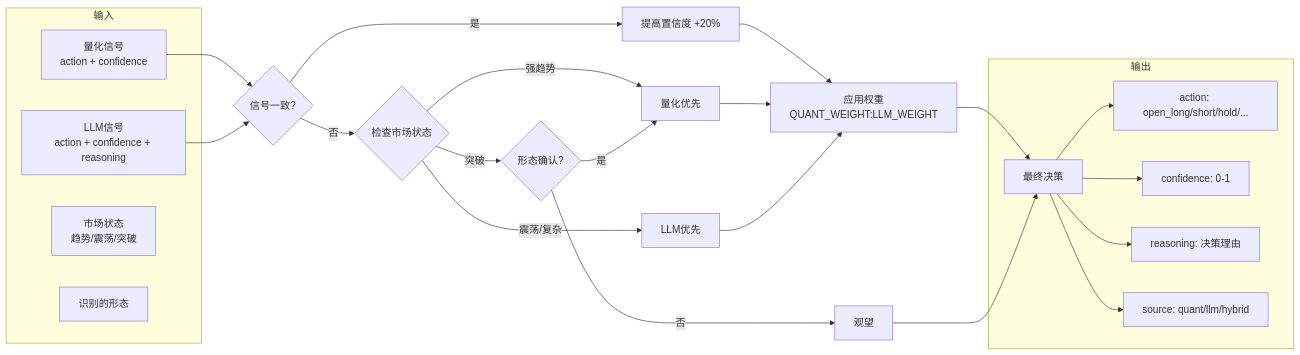
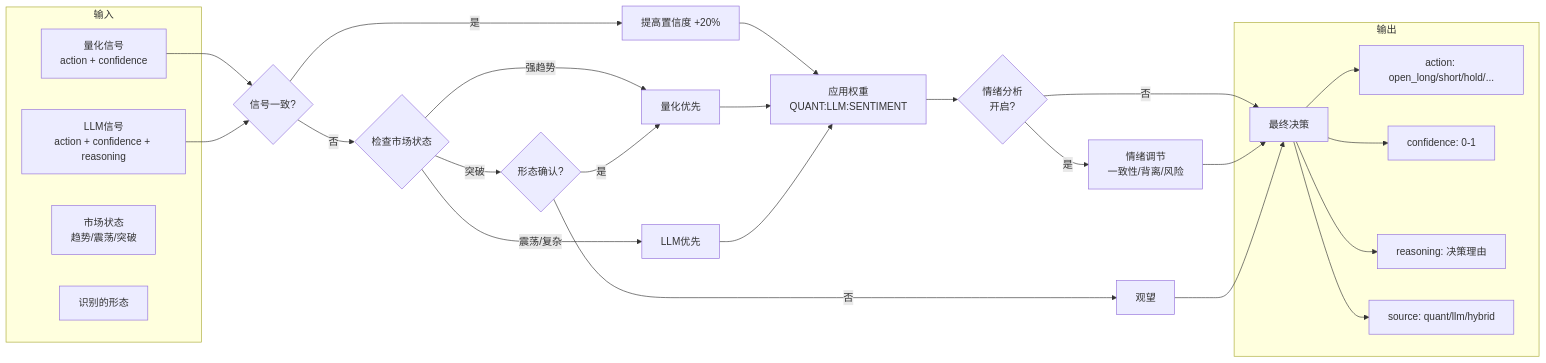
The fourth of 7 diagrams in docs/ai_quant_system_plan.md (gowinder/trader), drawn with Mermaid before and after one commit. The commit also changed other lines of this file and 1 other file, not shown here.

````diff
--- a/docs/ai_quant_system_plan.md
+++ b/docs/ai_quant_system_plan.md
@@ -282,35 +282,38 @@
 ```mermaid
 flowchart LR
     subgraph 输入
         QUANT_SIG[量化信号<br/>action + confidence]
         LLM_SIG[LLM信号<br/>action + confidence + reasoning]
         MARKET_STATE[市场状态<br/>趋势/震荡/突破]
         PATTERNS[识别的形态]
     end
 
     QUANT_SIG & LLM_SIG --> COMPARE{信号一致?}
 
     COMPARE -->|是| BOOST[提高置信度 +20%]
     COMPARE -->|否| STATE_CHECK{检查市场状态}
 
     STATE_CHECK -->|强趋势| QUANT_PRIO[量化优先]
     STATE_CHECK -->|震荡/复杂| LLM_PRIO[LLM优先]
     STATE_CHECK -->|突破| PATTERN_CHECK{形态确认?}
 
     PATTERN_CHECK -->|是| QUANT_PRIO
     PATTERN_CHECK -->|否| HOLD[观望]
 
-    BOOST --> WEIGHT[应用权重<br/>QUANT_WEIGHT:LLM_WEIGHT]
+    BOOST --> WEIGHT[应用权重<br/>QUANT:LLM:SENTIMENT]
     QUANT_PRIO --> WEIGHT
     LLM_PRIO --> WEIGHT
 
-    WEIGHT --> FINAL[最终决策]
+    WEIGHT --> SENTIMENT{情绪分析<br/>开启?}
+    SENTIMENT -->|是| SENTIMENT_ADJ[情绪调节<br/>一致性/背离/风险]
+    SENTIMENT -->|否| FINAL[最终决策]
+    SENTIMENT_ADJ --> FINAL
     HOLD --> FINAL
 
     subgraph 输出
         FINAL --> ACTION[action: open_long/short/hold/...]
         FINAL --> CONF[confidence: 0-1]
         FINAL --> REASON[reasoning: 决策理由]
         FINAL --> SOURCE[source: quant/llm/hybrid]
     end
 ```
````
